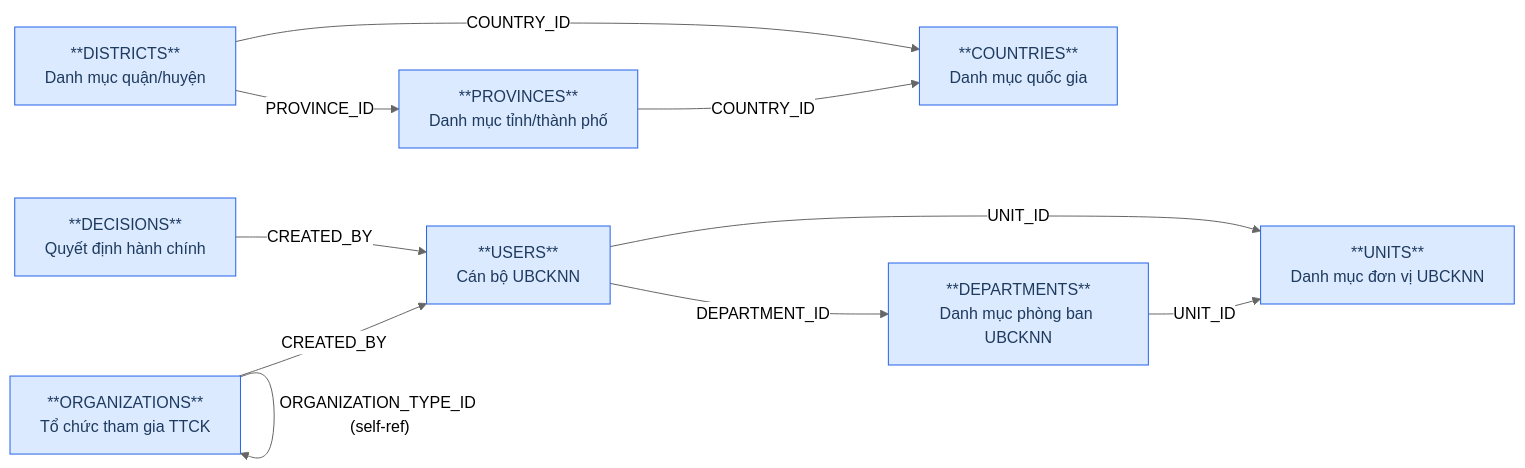
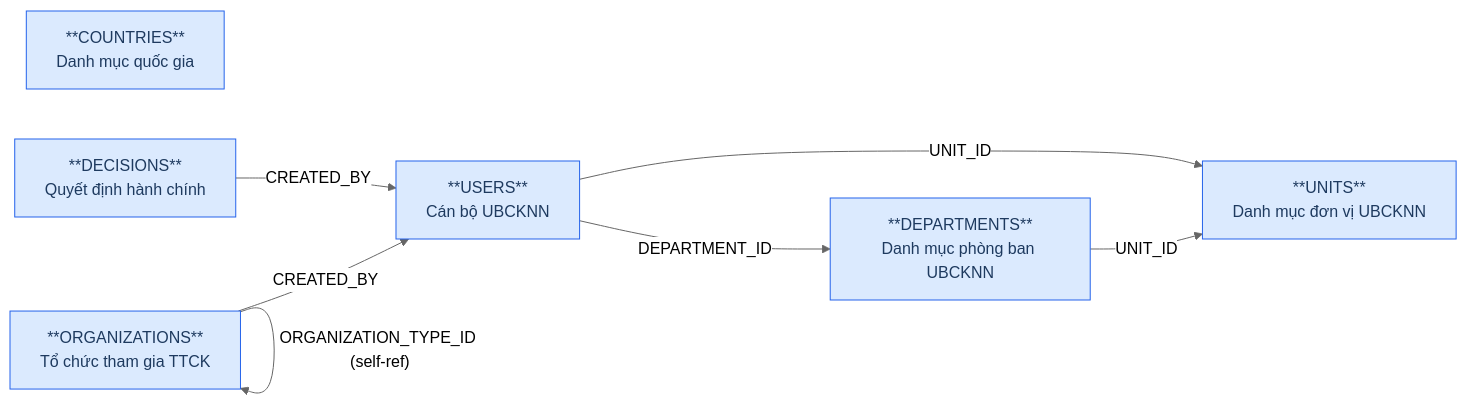
Before and after one commit to linhlvit/ubck_atomic_design: the first of 2 diagrams in DataModel/working/Atomic/hld/NHNCK_HLD_Tier1.md, drawn with Mermaid (neutral theme). The commit also changed other lines of this file and 17 other files, not shown here.

````diff
--- a/DataModel/working/Atomic/hld/NHNCK_HLD_Tier1.md
+++ b/DataModel/working/Atomic/hld/NHNCK_HLD_Tier1.md
@@ -26,23 +24,18 @@
 ```mermaid
 graph LR
     classDef src fill:#dbeafe,stroke:#2563eb,color:#1e3a5f
 
     COUNTRIES["**COUNTRIES**\nDanh mục quốc gia"]:::src
-    PROVINCES["**PROVINCES**\nDanh mục tỉnh/thành phố"]:::src
-    DISTRICTS["**DISTRICTS**\nDanh mục quận/huyện"]:::src
     UNITS["**UNITS**\nDanh mục đơn vị UBCKNN"]:::src
     DEPARTMENTS["**DEPARTMENTS**\nDanh mục phòng ban UBCKNN"]:::src
     ORGANIZATIONS["**ORGANIZATIONS**\nTổ chức tham gia TTCK"]:::src
     DECISIONS["**DECISIONS**\nQuyết định hành chính"]:::src
     USERS["**USERS**\nCán bộ UBCKNN"]:::src
-    PROVINCES -->|"COUNTRY_ID"| COUNTRIES
-    DISTRICTS -->|"COUNTRY_ID"| COUNTRIES
-    DISTRICTS -->|"PROVINCE_ID"| PROVINCES
     DEPARTMENTS -->|"UNIT_ID"| UNITS
     USERS -->|"UNIT_ID"| UNITS
     USERS -->|"DEPARTMENT_ID"| DEPARTMENTS
     DECISIONS -->|"CREATED_BY"| USERS
     ORGANIZATIONS -->|"CREATED_BY"| USERS
     ORGANIZATIONS -->|"PARENT_ID (self-ref)"| ORGANIZATIONS
     ORGANIZATIONS -->|"ORGANIZATION_TYPE_ID (self-ref)"| ORGANIZATIONS
 ```
````
